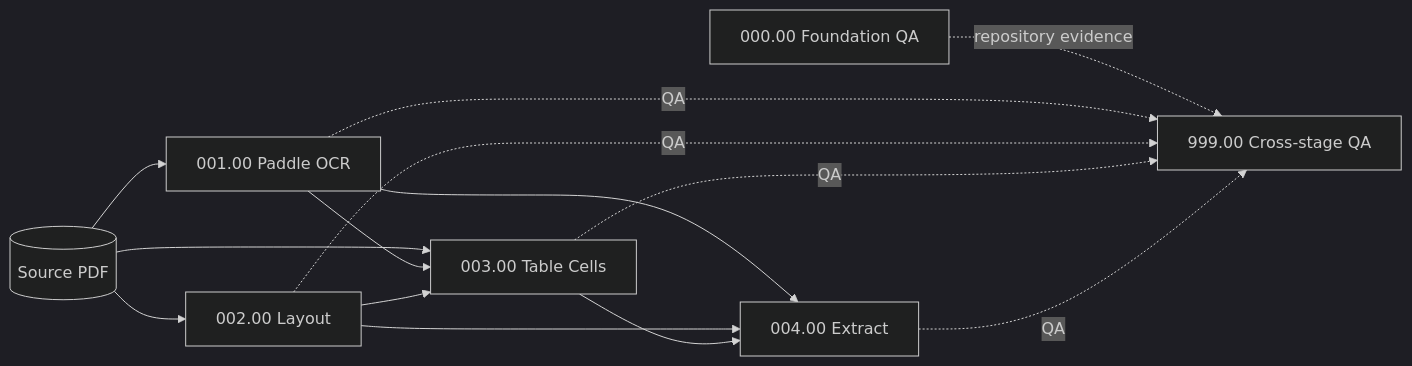
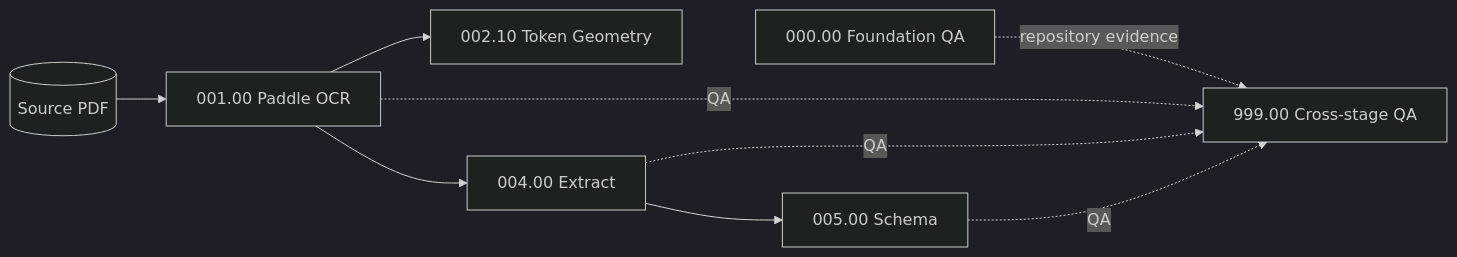
Before and after one commit to csiiiv/paddle-pdf-ocr-v2: the first of 2 diagrams in docs/ETL_DAG.md, drawn with Mermaid (dark theme). The commit also changed other lines of this file and 56 other files, not shown here.

Commit message:
Replace model layout with deterministic token geometry

````diff
--- a/docs/ETL_DAG.md
+++ b/docs/ETL_DAG.md
@@ -24,24 +24,19 @@
 ```mermaid
 flowchart LR
     PDF[(Source PDF)]
     F[000.00 Foundation QA]
     P[001.00 Paddle OCR]
-    L[002.00 Layout]
-    C[003.00 Table Cells]
+    G[002.10 Token Geometry]
     E[004.00 Extract]
+    S[005.00 Schema]
     Q[999.00 Cross-stage QA]
 
     PDF --> P
-    PDF --> L
-    PDF --> C
-    P --> C
-    L --> C
+    P --> G
     P --> E
-    L --> E
-    C --> E
+    E --> S
     F -. repository evidence .-> Q
     P -. QA .-> Q
-    L -. QA .-> Q
-    C -. QA .-> Q
     E -. QA .-> Q
+    S -. QA .-> Q
 ```
````
